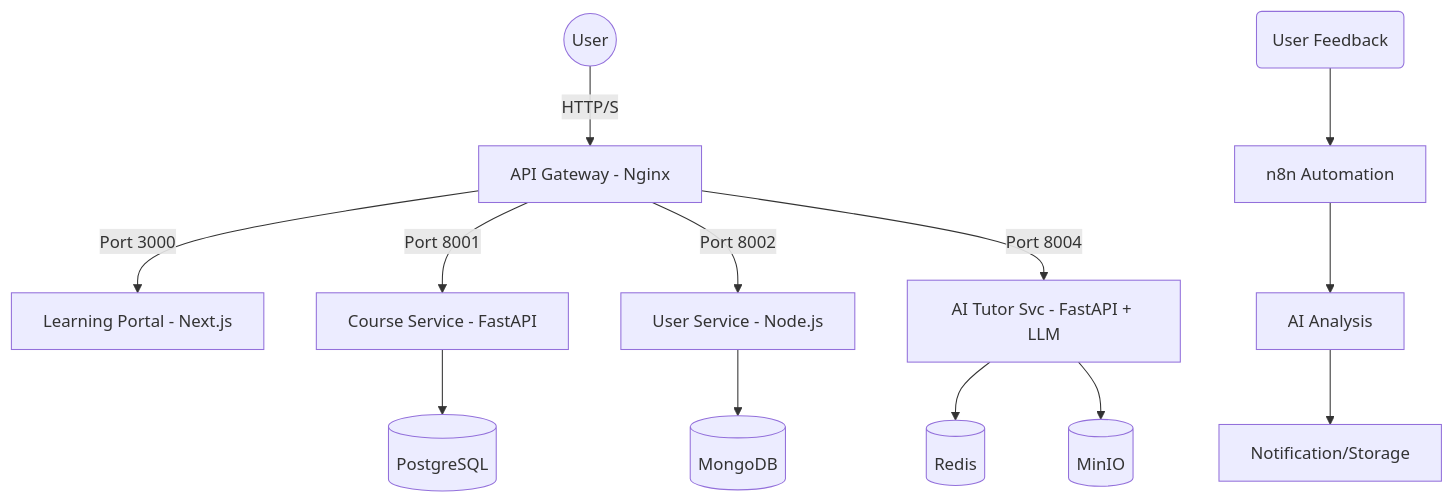
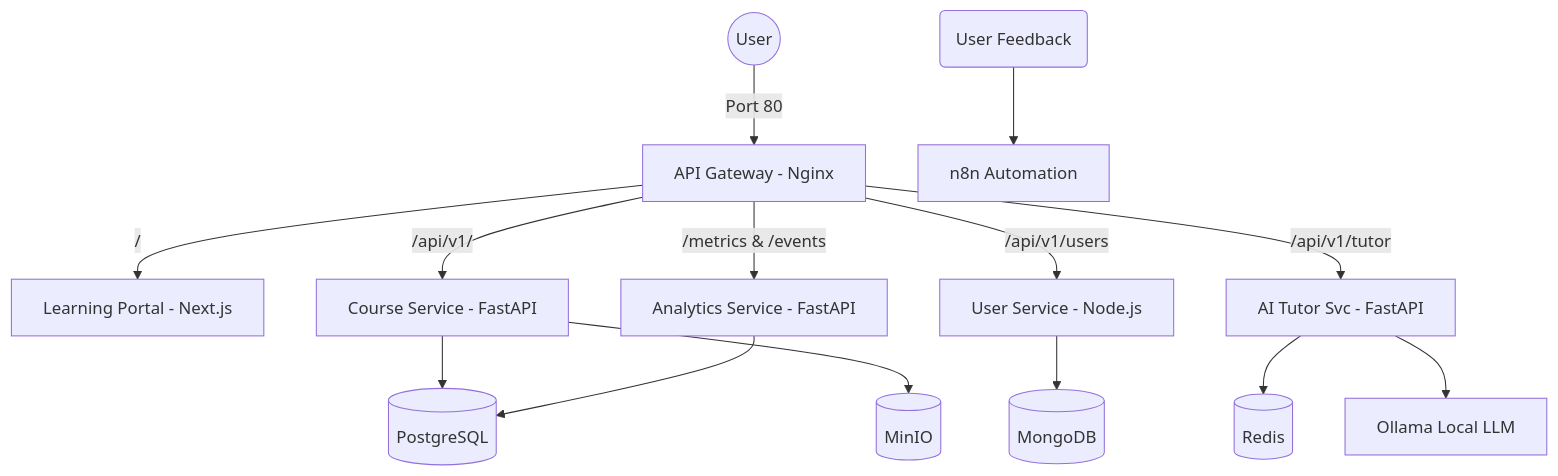
The diagram in README.md (Sen-Se1/elearning-microservice-platform), drawn with Mermaid before and after one commit. The commit also changed other lines of this file, not shown here.

Commit message:
docs: update architecture documentation to include local Ollama integration and refined gateway routing pathways

````diff
--- a/README.md
+++ b/README.md
@@ -9,18 +9,19 @@
 ```mermaid
 graph TD
-    User((User)) -->|HTTP/S| Gateway[API Gateway - Nginx]
-    Gateway -->|Port 3000| Frontend[Learning Portal - Next.js]
-    Gateway -->|Port 8001| CourseSvc[Course Service - FastAPI]
-    Gateway -->|Port 8002| UserSvc[User Service - Node.js]
-    Gateway -->|Port 8004| AITutorSvc[AI Tutor Svc - FastAPI + LLM]
+    User((User)) -->|Port 80| Gateway[API Gateway - Nginx]
+    Gateway -->|/| Frontend[Learning Portal - Next.js]
+    Gateway -->|/api/v1/| CourseSvc[Course Service - FastAPI]
+    Gateway -->|/api/v1/users| UserSvc[User Service - Node.js]
+    Gateway -->|/api/v1/tutor| AITutorSvc[AI Tutor Svc - FastAPI]
+    Gateway -->|/metrics & /events| AnalyticsSvc[Analytics Service - FastAPI]
     
     CourseSvc --> DB_PG[(PostgreSQL)]
     UserSvc --> DB_Mongo[(MongoDB)]
+    AnalyticsSvc --> DB_PG
     
     AITutorSvc --> DB_Redis[(Redis)]
-    AITutorSvc --> DB_Minio[(MinIO)]
+    AITutorSvc --> Ollama[Ollama Local LLM]
+    CourseSvc --> DB_Minio[(MinIO)]
     
     Feedback(User Feedback) --> n8n[n8n Automation]
-    n8n --> Analysis[AI Analysis]
-    Analysis --> Notification[Notification/Storage]
 ```
````
